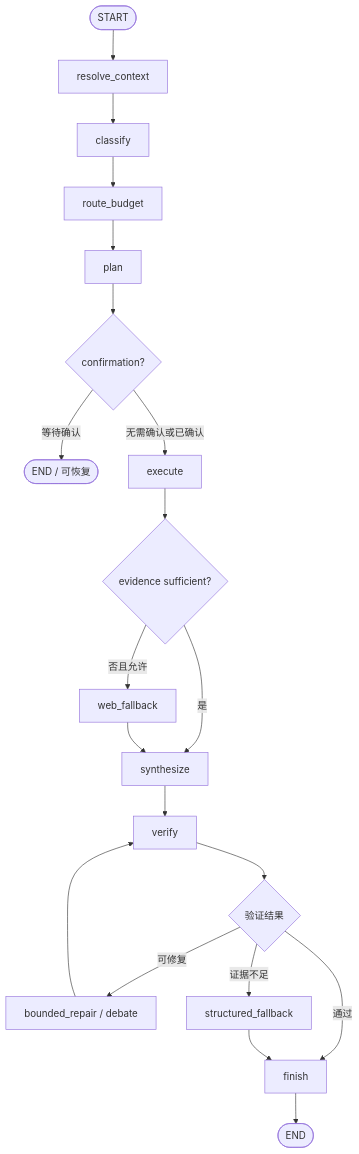
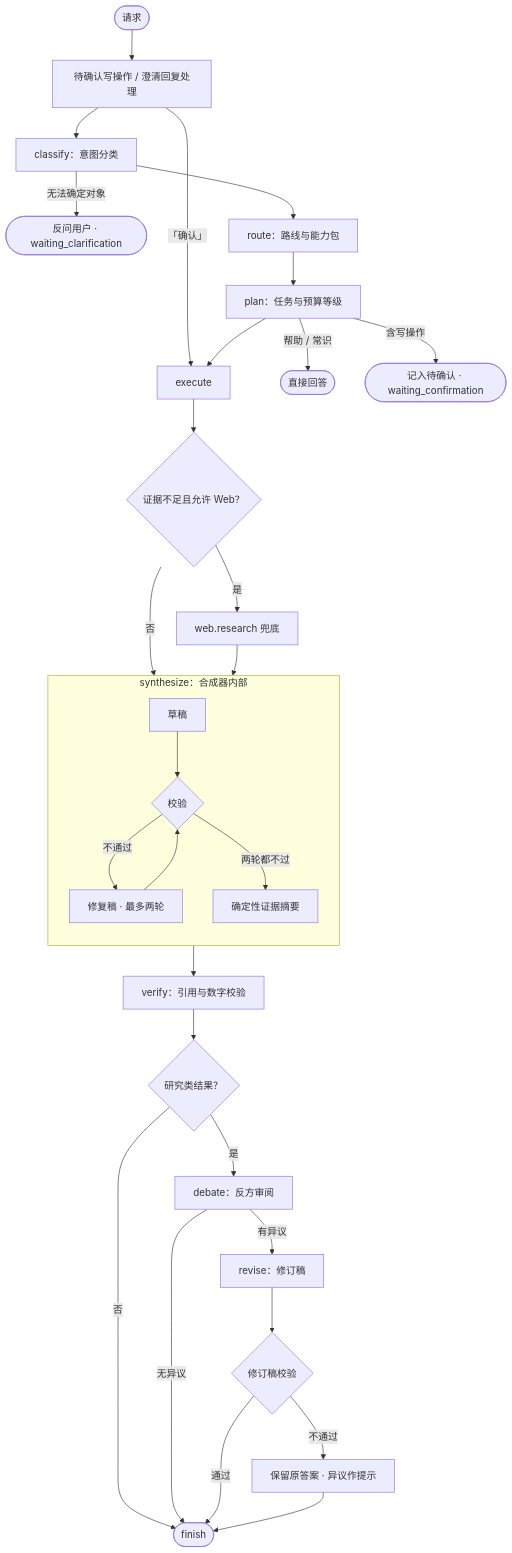
Before and after one commit to YuhanWang03/market-intelligence-workbench: the diagram in v2/agent_v2/README.md, drawn with Mermaid. The commit also changed other lines of this file and 2 other files, not shown here.

Commit message:
docs: the two flow diagrams match the code
Both diagrams drew adversarial review as one kind of repair on the
"fixable" branch. In both agents review runs only after verification has
passed, and a revision must pass verification again or the original
answer is kept. V2's repair loop lives inside the synthesizer (draft,
up to two repairs, deterministic summary) with the orchestrator
verifying once more afterwards; the fallback is reached when repairs
run out, not on "insufficient evidence". The V3 diagram now carries
every edge of the compiled graph (architecture.mmd) with its condition:
classify to synthesize on a restated follow-up, classify and plan to
finish, synthesize to fallback on error, the confirmation interrupt's
two exits. Both diagrams rendered with Mermaid 11 before committing.

````diff
--- a/v2/agent_v2/README.md
+++ b/v2/agent_v2/README.md
@@ -19,22 +19,33 @@
 ```mermaid
 flowchart TD
-    A([START]) --> B[resolve_context]
-    B --> C[classify]
-    C --> D[route_budget]
-    D --> E[plan]
-    E --> F{confirmation?}
-    F -- 等待确认 --> Z([END / 可恢复])
-    F -- 无需确认或已确认 --> G[execute]
-    G --> H{evidence sufficient?}
-    H -- 否且允许 --> I[web_fallback]
-    H -- 是 --> J[synthesize]
-    I --> J
-    J --> K[verify]
-    K --> L{验证结果}
-    L -- 可修复 --> M[bounded_repair / debate]
-    M --> K
-    L -- 证据不足 --> N[structured_fallback]
-    L -- 通过 --> O[finish]
-    N --> O
-    O --> P([END])
+    A([请求]) --> P0[待确认写操作 / 澄清回复处理]
+    P0 -- 「确认」--> X[execute]
+    P0 --> C[classify：意图分类]
+    C -- 无法确定对象 --> ASK([反问用户 · waiting_clarification])
+    C --> R[route：路线与能力包]
+    R --> PL[plan：任务与预算等级]
+    PL -- 帮助 / 常识 --> D([直接回答])
+    PL -- 含写操作 --> W([记入待确认 · waiting_confirmation])
+    PL --> X
+    X --> WF{证据不足且允许 Web？}
+    WF -- 是 --> WEB[web.research 兜底]
+    WF -- 否 --> S
+    WEB --> S
+    subgraph S [synthesize：合成器内部]
+        direction TB
+        S1[草稿] --> S2{校验}
+        S2 -- 不通过 --> S3[修复稿 · 最多两轮]
+        S3 --> S2
+        S2 -- 两轮都不过 --> S4[确定性证据摘要]
+    end
+    S --> V[verify：引用与数字校验]
+    V --> G{研究类结果？}
+    G -- 否 --> F([finish])
+    G -- 是 --> DB[debate：反方审阅]
+    DB -- 无异议 --> F
+    DB -- 有异议 --> RV[revise：修订稿]
+    RV --> V2{修订稿校验}
+    V2 -- 通过 --> F
+    V2 -- 不通过 --> KEEP[保留原答案 · 异议作提示]
+    KEEP --> F
 ```
````
